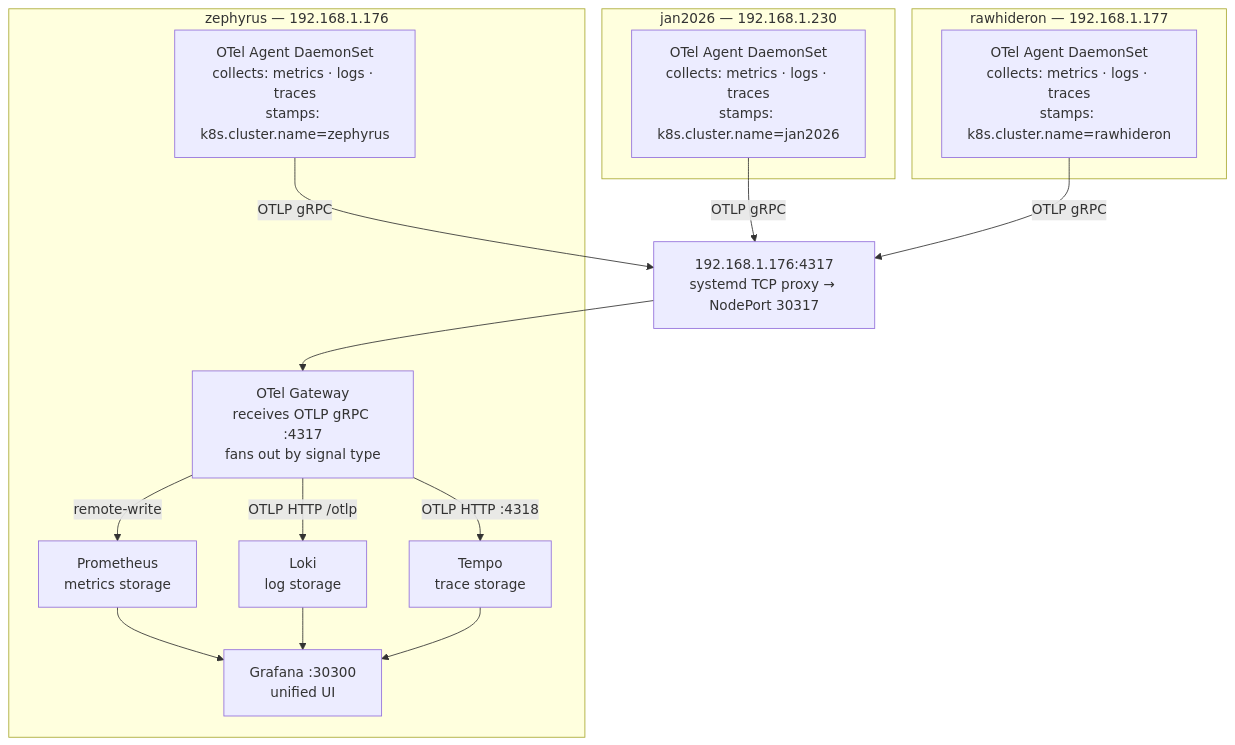
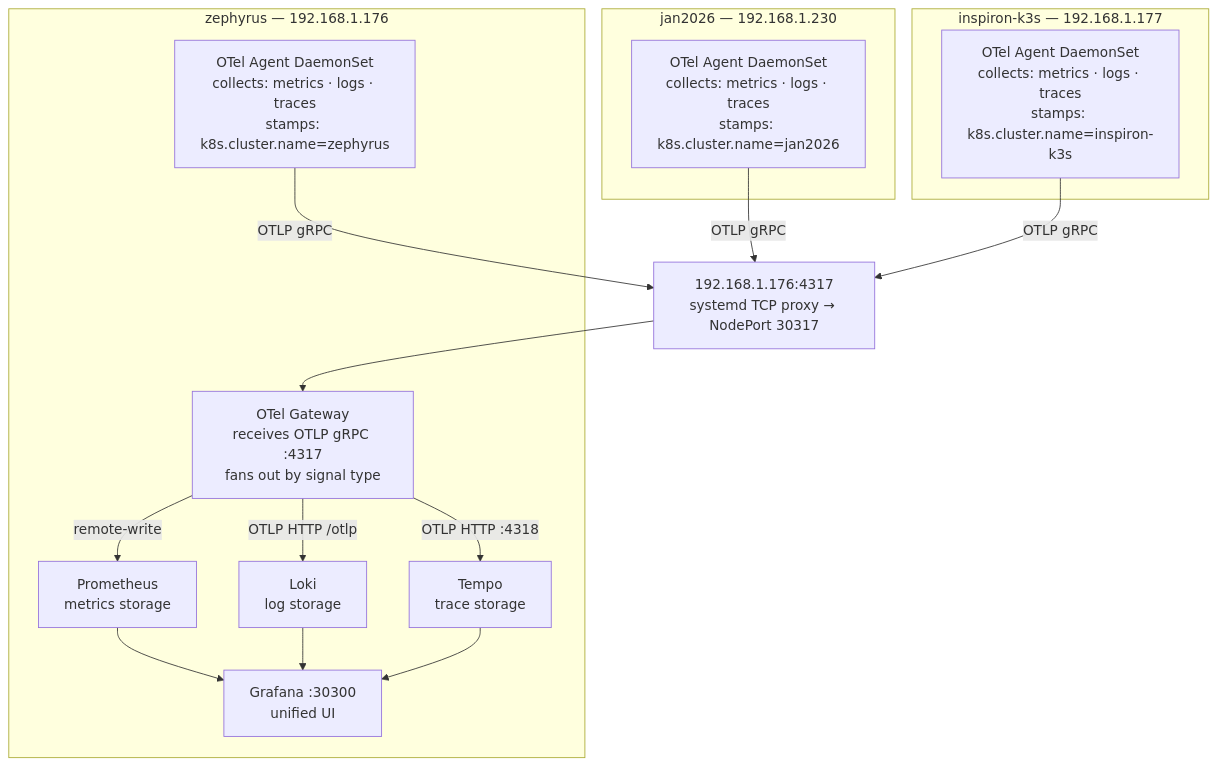
Before and after one commit to rawhideron/homelab-observability: the diagram in README.md, drawn with Mermaid. The commit also changed other lines of this file and 4 other files, not shown here.

First line of the commit message:
fix: rename the rawhideron cluster to inspiron-k3s and fix its agents

````diff
--- a/README.md
+++ b/README.md
@@ -18,44 +18,44 @@
 ```mermaid
 flowchart TD
     subgraph jan2026["jan2026 — 192.168.1.230"]
         A1[OTel Agent DaemonSet
 collects: metrics · logs · traces
 stamps: k8s.cluster.name=jan2026]
     end
 
     subgraph zephyrus["zephyrus — 192.168.1.176"]
         A2[OTel Agent DaemonSet
 collects: metrics · logs · traces
 stamps: k8s.cluster.name=zephyrus]
 
         GW[OTel Gateway
 receives OTLP gRPC :4317
 fans out by signal type]
         PROM[Prometheus
 metrics storage]
         LOKI[Loki
 log storage]
         TEMPO[Tempo
 trace storage]
         GRAF[Grafana :30300
 unified UI]
     end
 
-    subgraph rawhide["rawhideron — 192.168.1.177"]
+    subgraph inspiron["inspiron-k3s — 192.168.1.177"]
         A3[OTel Agent DaemonSet
 collects: metrics · logs · traces
-stamps: k8s.cluster.name=rawhideron]
+stamps: k8s.cluster.name=inspiron-k3s]
     end
 
     A1 -- OTLP gRPC --> NAT["192.168.1.176:4317
 systemd TCP proxy → NodePort 30317"]
     A2 -- OTLP gRPC --> NAT
     A3 -- OTLP gRPC --> NAT
     NAT --> GW
     GW -- remote-write --> PROM
     GW -- OTLP HTTP /otlp --> LOKI
     GW -- OTLP HTTP :4318 --> TEMPO
     PROM --> GRAF
     LOKI --> GRAF
     TEMPO --> GRAF
 ```
````
